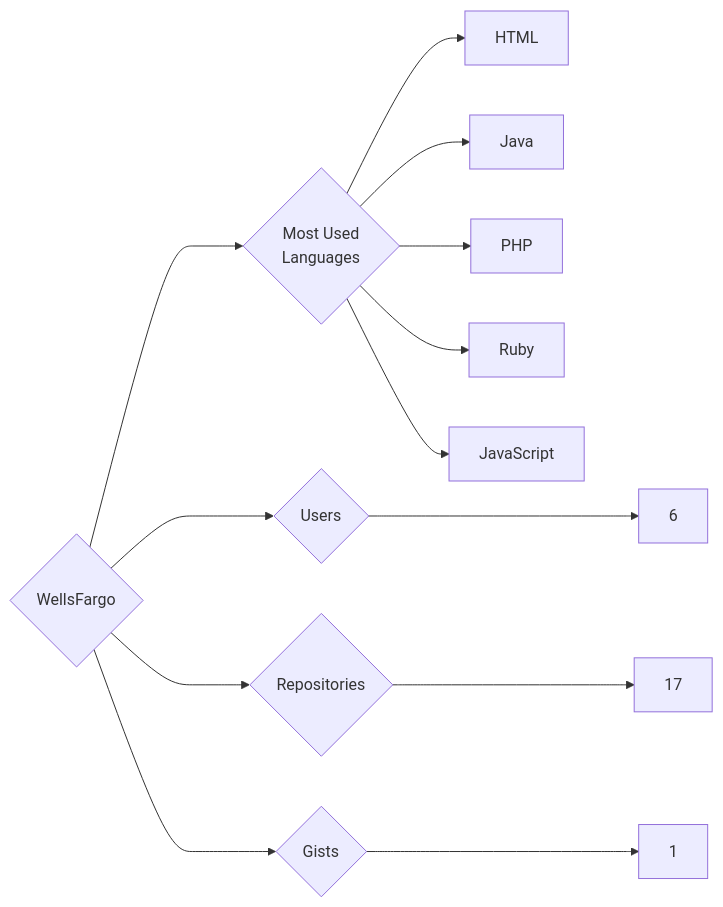
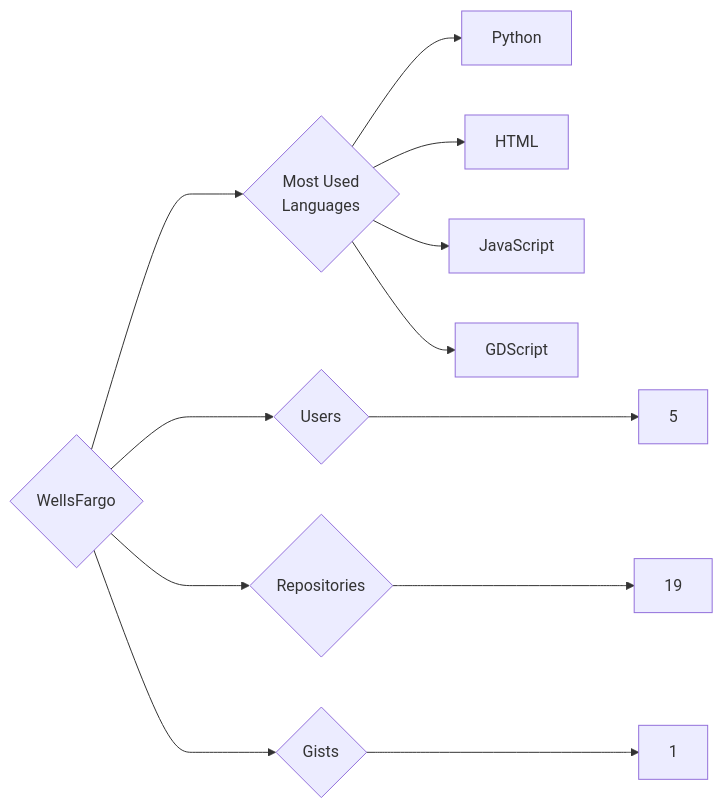
Before and after one commit to trickest/insiders: the diagram in targets/WellsFargo/README.md, drawn with Mermaid. The commit also changed 829 other files, not shown here.

````diff
--- a/targets/WellsFargo/README.md
+++ b/targets/WellsFargo/README.md
@@ -3,13 +3,12 @@
 ```mermaid
 graph LR
 COMPANY_NAME{WellsFargo}
-COMPANY_NAME ---> U{Users} ---> UN[6]
-COMPANY_NAME ---> R{Repositories} ---> RN[17]
+COMPANY_NAME ---> U{Users} ---> UN[5]
+COMPANY_NAME ---> R{Repositories} ---> RN[19]
 COMPANY_NAME ---> G{Gists} ---> GN[1]
 COMPANY_NAME ---> ML{Most Used<br>Languages}
+ML --> Python[Python]
 ML --> HTML[HTML]
-ML --> Java[Java]
-ML --> PHP[PHP]
-ML --> Ruby[Ruby]
 ML --> JavaScript[JavaScript]
+ML --> GDScript[GDScript]
 ```
````
